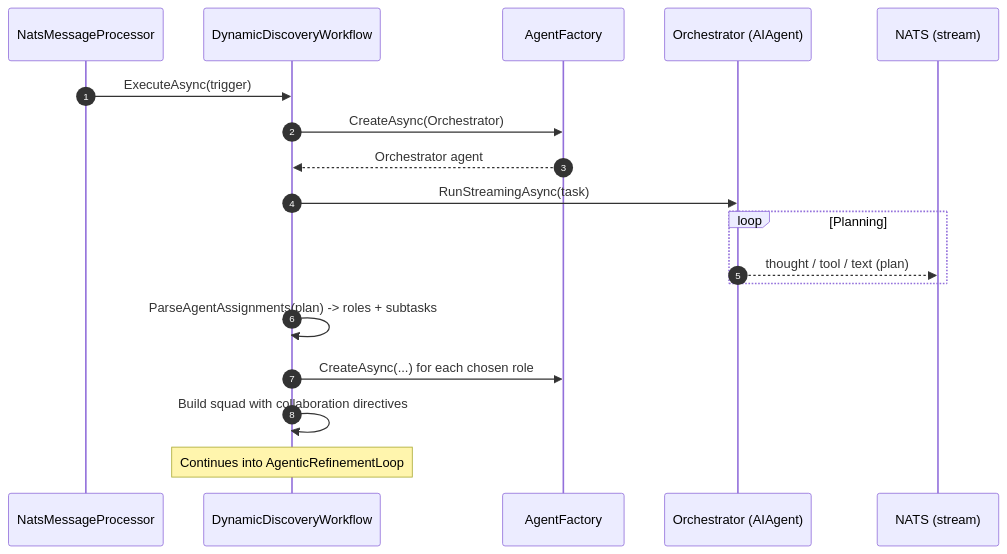
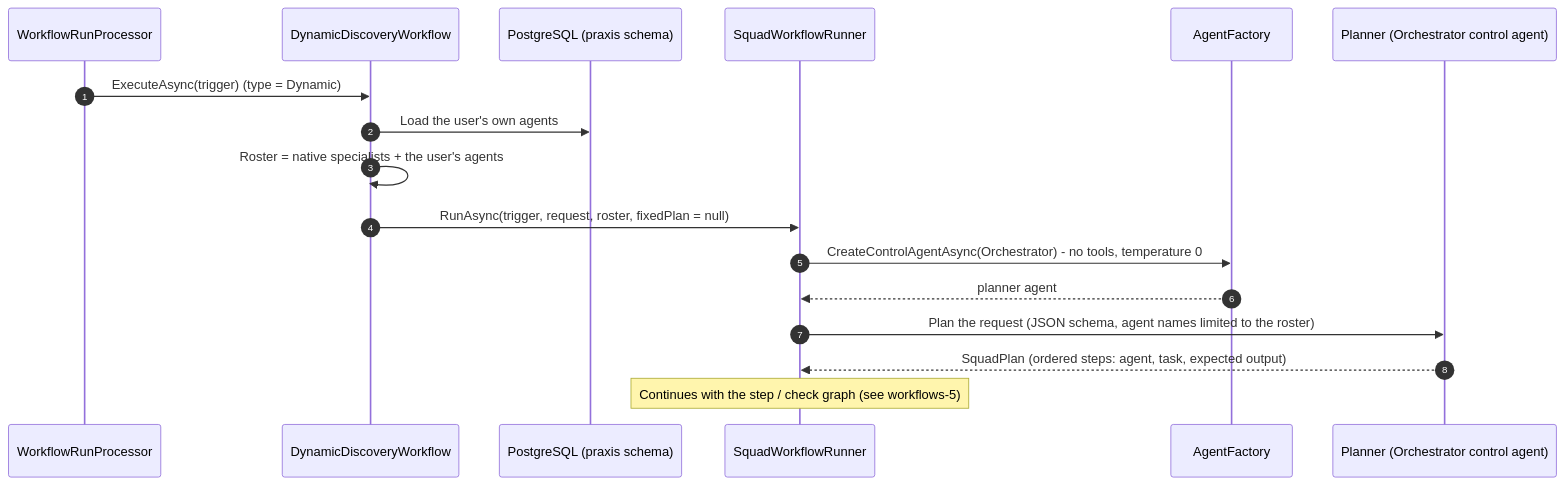
The diagram in docs/diagrams/workflows-4-dynamic-discovery.md (mihailshterev/sentium), drawn with Mermaid before and after one commit. The commit also changed 138 other files, not shown here.

````diff
--- a/docs/diagrams/workflows-4-dynamic-discovery.md
+++ b/docs/diagrams/workflows-4-dynamic-discovery.md
@@ -1,21 +1,20 @@
 ```mermaid
 sequenceDiagram
     autonumber
-    participant MP as NatsMessageProcessor
+    participant RP as WorkflowRunProcessor
     participant DW as DynamicDiscoveryWorkflow
+    participant DB as PostgreSQL (praxis schema)
+    participant SQ as SquadWorkflowRunner
     participant F as AgentFactory
-    participant OA as Orchestrator (AIAgent)
-    participant NATS as NATS (stream)
+    participant PL as Planner (Orchestrator control agent)
 
-    MP->>DW: ExecuteAsync(trigger)
-    DW->>F: CreateAsync(Orchestrator)
-    F-->>DW: Orchestrator agent
-    DW->>OA: RunStreamingAsync(task)
-    loop Planning
-        OA-->>NATS: thought / tool / text (plan)
-    end
-    DW->>DW: ParseAgentAssignments(plan) -> roles + subtasks
-    DW->>F: CreateAsync(...) for each chosen role
-    DW->>DW: Build squad with collaboration directives
-    Note over DW: Continues into AgenticRefinementLoop
+    RP->>DW: ExecuteAsync(trigger) (type = Dynamic)
+    DW->>DB: Load the user's own agents
+    DW->>DW: Roster = native specialists + the user's agents
+    DW->>SQ: RunAsync(trigger, request, roster, fixedPlan = null)
+    SQ->>F: CreateControlAgentAsync(Orchestrator) - no tools, temperature 0
+    F-->>SQ: planner agent
+    SQ->>PL: Plan the request (JSON schema, agent names limited to the roster)
+    PL-->>SQ: SquadPlan (ordered steps: agent, task, expected output)
+    Note over SQ: Continues with the step / check graph (see workflows-5)
 ```
````
